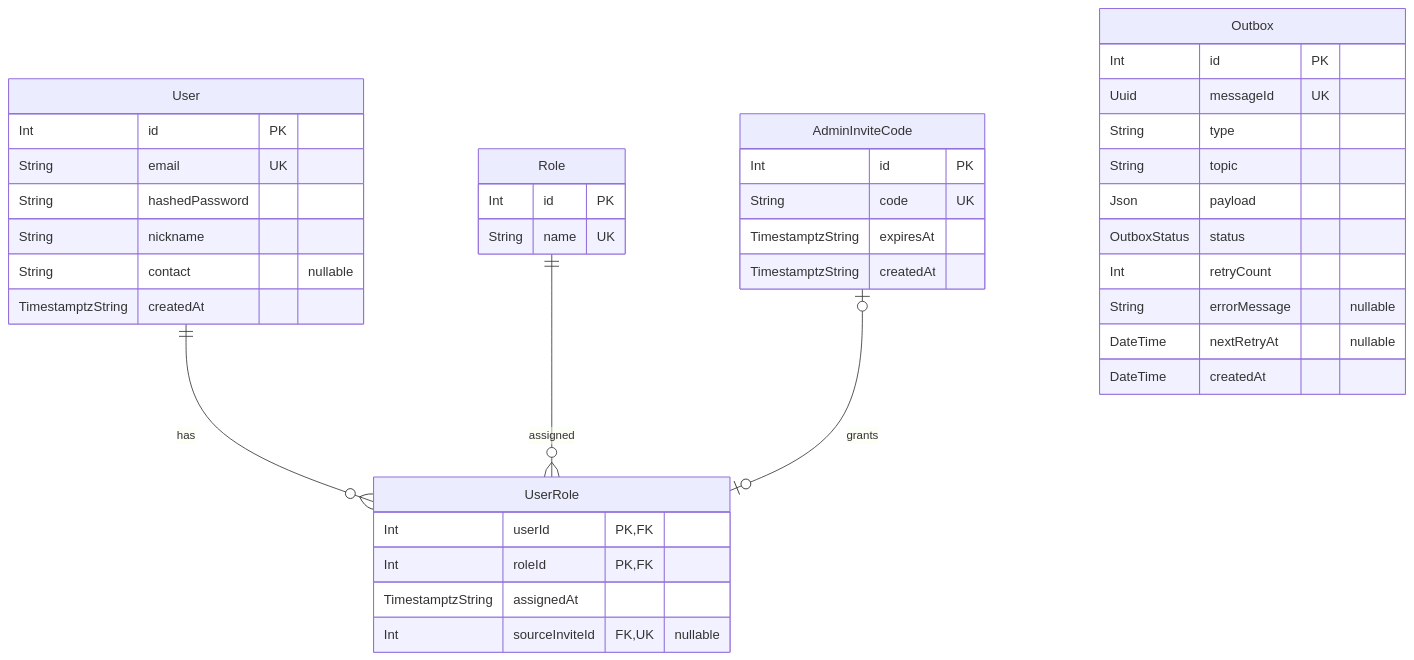
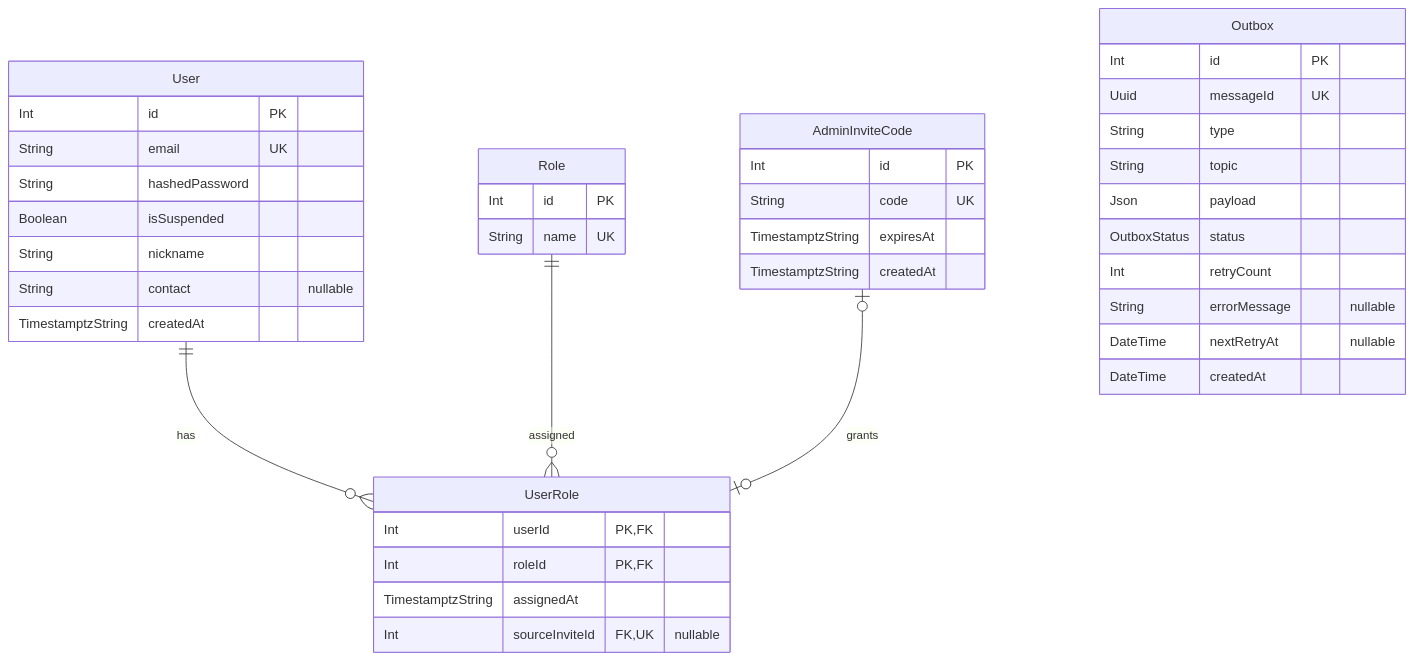
Before and after one commit to 2627S1-CS3219-P29/CampusGo: the diagram in user-service/README.md, drawn with Mermaid. The commit also changed other lines of this file and 13 other files, not shown here.

````diff
--- a/user-service/README.md
+++ b/user-service/README.md
@@ -67,43 +73,44 @@
 ```mermaid
 erDiagram
     User ||--o{ UserRole : has
     Role ||--o{ UserRole : assigned
     AdminInviteCode o|--o| UserRole : grants
 
     User {
         Int id PK
         String email UK
         String hashedPassword
+        Boolean isSuspended
         String nickname
         String contact "nullable"
         TimestamptzString createdAt
     }
     UserRole {
         Int userId PK, FK
         Int roleId PK, FK
         TimestamptzString assignedAt
         Int sourceInviteId FK, UK "nullable"
     }
     Role {
         Int id PK
         String name UK
     }
     AdminInviteCode {
         Int id PK
         String code UK
         TimestamptzString expiresAt
         TimestamptzString createdAt
     }
     Outbox {
         Int id PK
         Uuid messageId UK
         String type
         String topic
         Json payload
         OutboxStatus status
         Int retryCount
         String errorMessage "nullable"
         DateTime nextRetryAt "nullable"
         DateTime createdAt
     }
 ```
````
